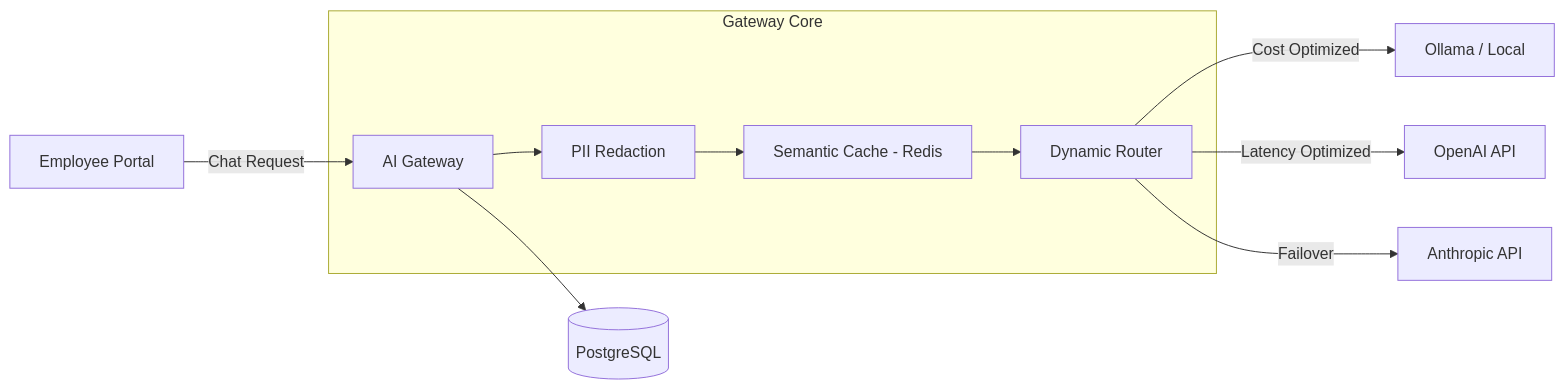
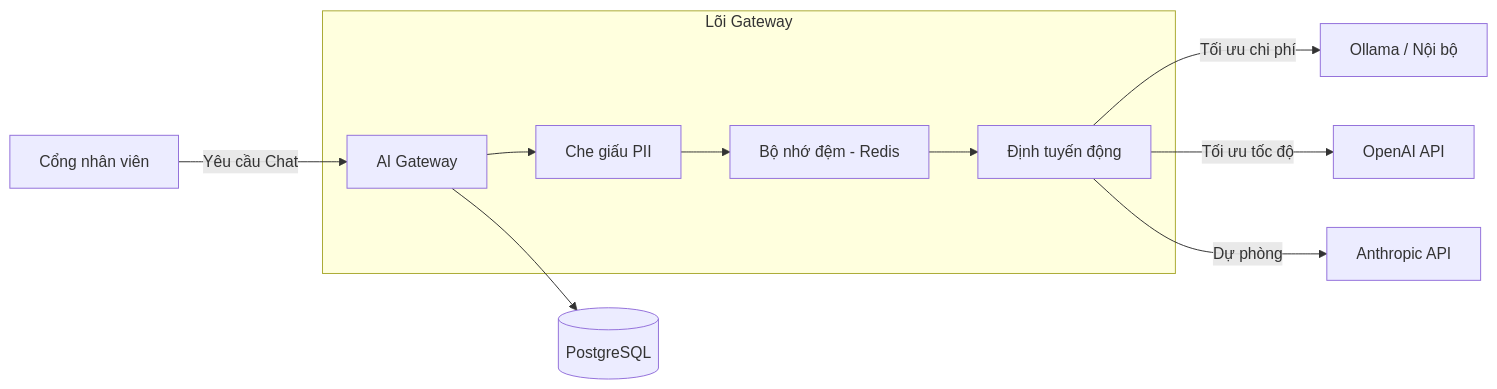
One commit to danggvuu/enterprise-ai-platform changed the diagram in README.md. Above: the diagram before and after it, drawn with Mermaid. The commit also changed other lines of this file, not shown here.

````diff
--- a/README.md
+++ b/README.md
@@ -49,16 +49,16 @@
 ```mermaid
 graph LR
-    User[Employee Portal] -->|Chat Request| Gateway[AI Gateway]
+    User[Cổng nhân viên] -->|Yêu cầu Chat| Gateway[AI Gateway]
     
-    subgraph Gateway Core
-        Gateway --> PII[PII Redaction]
-        PII --> Cache[Semantic Cache - Redis]
-        Cache --> Router[Dynamic Router]
+    subgraph Lõi Gateway
+        Gateway --> PII[Che giấu PII]
+        PII --> Cache[Bộ nhớ đệm - Redis]
+        Cache --> Router[Định tuyến động]
     end
     
-    Router -->|Cost Optimized| Local[Ollama / Local]
-    Router -->|Latency Optimized| OpenAI[OpenAI API]
-    Router -->|Failover| Claude[Anthropic API]
+    Router -->|Tối ưu chi phí| Local[Ollama / Nội bộ]
+    Router -->|Tối ưu tốc độ| OpenAI[OpenAI API]
+    Router -->|Dự phòng| Claude[Anthropic API]
     
     Gateway --> DB[(PostgreSQL)]
 ```
````
